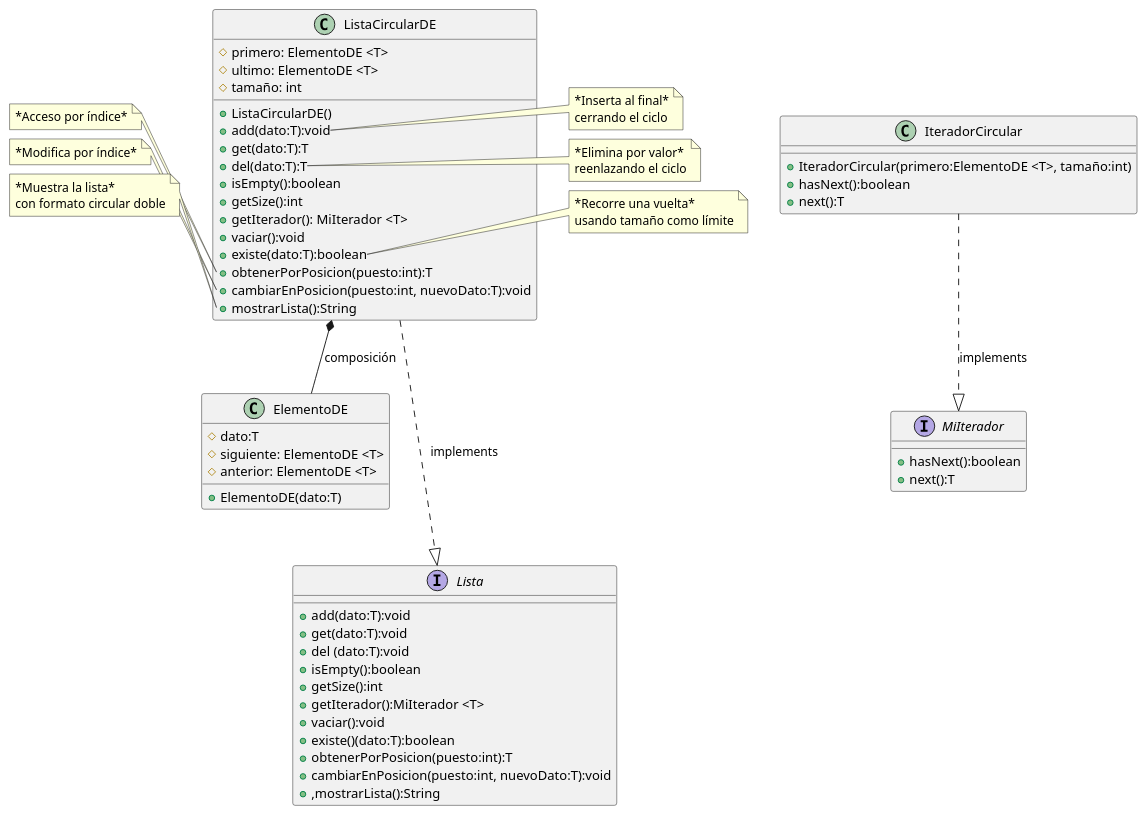
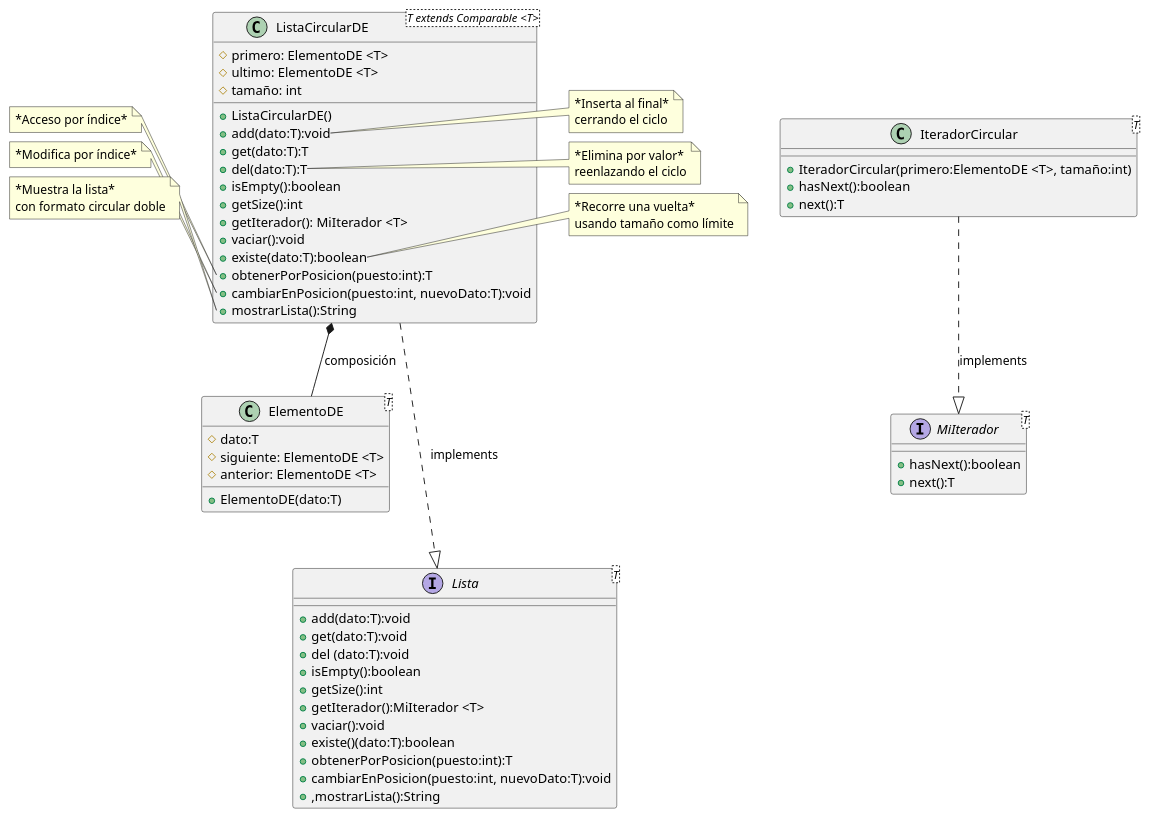
The diagram in src/ListaCircular/Diagrama Lista Circular LDE.puml (hugob-gl07/Estructura-Datos), drawn with PlantUML before and after one commit. The commit also changed 3 other files, not shown here.

```diff
--- a/src/ListaCircular/Diagrama Lista Circular LDE.puml
+++ b/src/ListaCircular/Diagrama Lista Circular LDE.puml
@@ -1,78 +1,78 @@
 @startuml
-class ListaCircularDE {
+class ListaCircularDE <T extends Comparable <T>>{
     # primero: ElementoDE <T>
     # ultimo: ElementoDE <T>
     # tamaño: int
     + ListaCircularDE()
     + add(dato:T):void
     + get(dato:T):T
     + del(dato:T):T
     + isEmpty():boolean
     + getSize():int
     + getIterador(): MiIterador <T>
     + vaciar():void
     + existe(dato:T):boolean
     + obtenerPorPosicion(puesto:int):T
     + cambiarEnPosicion(puesto:int, nuevoDato:T):void
     + mostrarLista():String
 }
-class ElementoDE {
+class ElementoDE <T> {
     # dato:T
     # siguiente: ElementoDE <T>
     # anterior: ElementoDE <T>
     + ElementoDE(dato:T)
 }
-interface Lista {
+interface Lista <T> {
     + add(dato:T):void
     + get(dato:T):void
     + del (dato:T):void
     + isEmpty():boolean
     + getSize():int
     + getIterador():MiIterador <T>
     + vaciar():void
     + existe()(dato:T):boolean
     + obtenerPorPosicion(puesto:int):T
     + cambiarEnPosicion(puesto:int, nuevoDato:T):void
     + ,mostrarLista():String
     }
-class IteradorCircular {
+class IteradorCircular <T> {
     + IteradorCircular(primero:ElementoDE <T>, tamaño:int)
     + hasNext():boolean
     + next():T
 }
-interface MiIterador {
+interface MiIterador <T> {
     + hasNext():boolean
     + next():T
     }
 note right of ListaCircularDE::add
     *Inserta al final*
     cerrando el ciclo
 end note
 
 note right of ListaCircularDE::del
     *Elimina por valor*
     reenlazando el ciclo
 end note
 
 note right of ListaCircularDE::existe
     *Recorre una vuelta*
     usando tamaño como límite
 end note
 
 note left of ListaCircularDE::obtenerPorPosicion
     *Acceso por índice*
 end note
 
 note left of ListaCircularDE::cambiarEnPosicion
     *Modifica por índice*
 end note
 
 note left of ListaCircularDE::mostrarLista
     *Muestra la lista*
     con formato circular doble
 end note
 
 ListaCircularDE ...|> Lista: implements
 IteradorCircular ..|> MiIterador: implements
 ListaCircularDE *-- ElementoDE : composición
 @enduml
```
